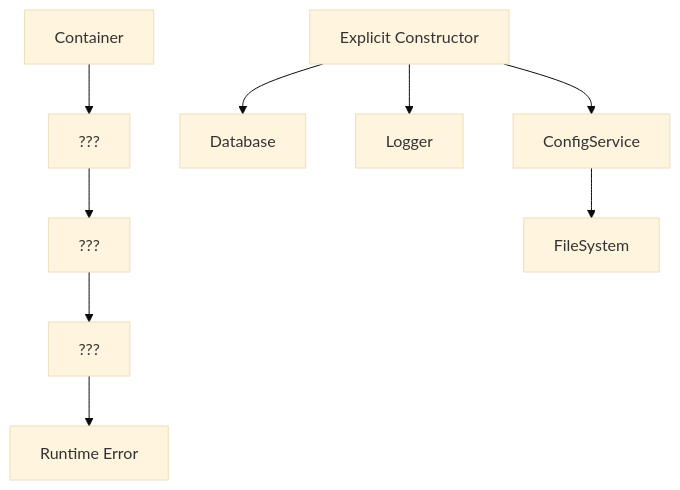
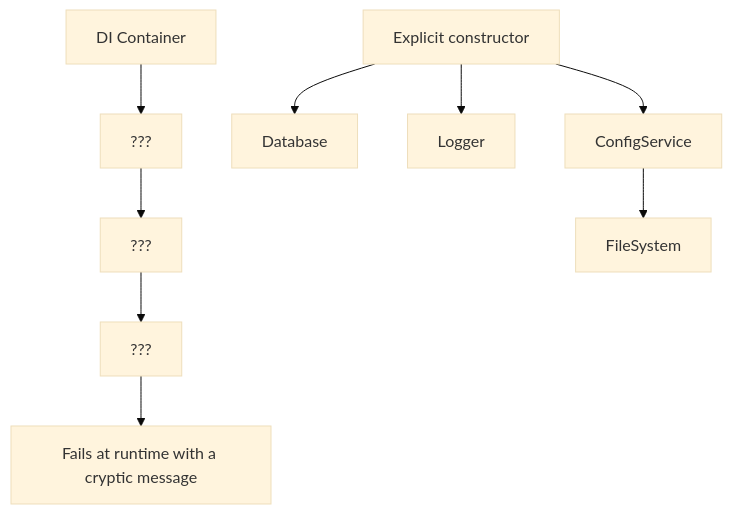
Before and after one commit to Almaju/blog: the third of 6 diagrams in content/docs/fundamentals/5-dependencies.mdx, drawn with Mermaid (base theme). The commit also changed other lines of this file and 5 other files, not shown here.

````diff
--- a/content/docs/fundamentals/5-dependencies.mdx
+++ b/content/docs/fundamentals/5-dependencies.mdx
@@ -245,19 +245,19 @@
 ```mermaid
 graph TD
-    A[Container] --> B[???]
+    A[DI Container] --> B[???]
     B --> C[???]
     C --> D[???]
-    D --> E[Runtime Error]
-    
-    F[Explicit Constructor] --> G[Database]
+    D --> E[Fails at runtime with a cryptic message]
+
+    F[Explicit constructor] --> G[Database]
     F --> H[Logger]
     F --> I[ConfigService]
     I --> J[FileSystem]
-    
+
     style E red
     style F green
     style G green
     style H green
     style I green
     style J green
 ```
````
